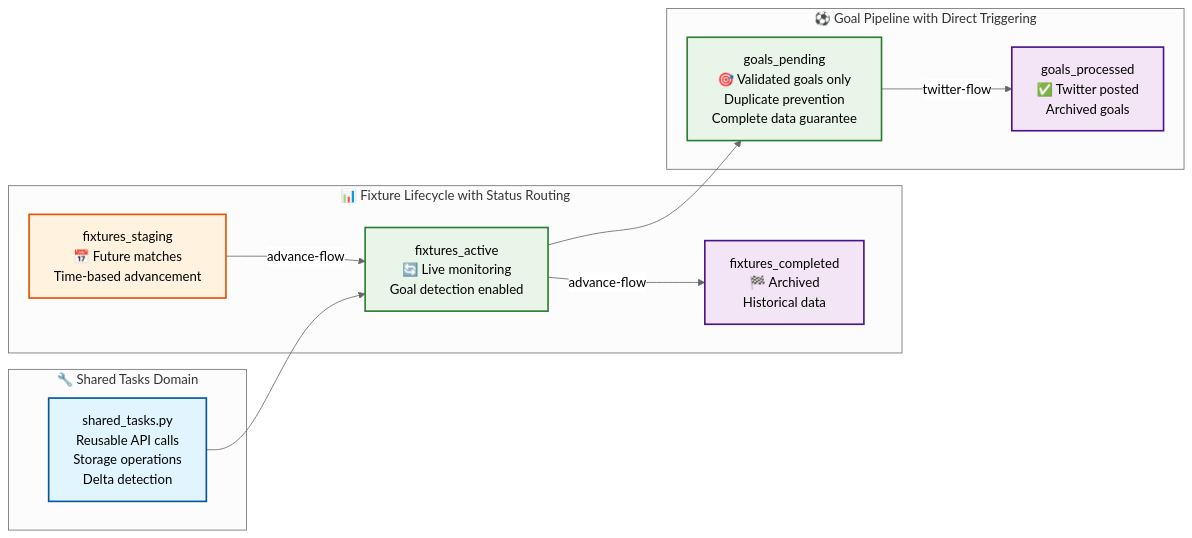
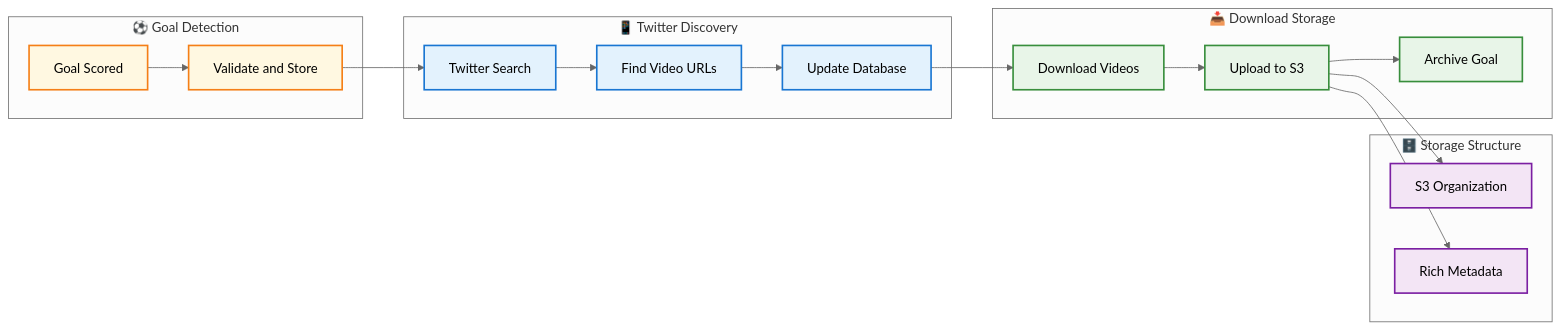
One commit to vedantadhobley/found-footy changed the second of 2 diagrams in README.md. Above: the diagram before and after it, drawn with Mermaid (neutral theme). The commit also changed other lines of this file and 12 other files, not shown here.

Commit message:
First Claude update to query and store goal footage.

````diff
--- a/README.md
+++ b/README.md
@@ -94,33 +125,45 @@
 ```mermaid
 graph LR
-    subgraph "📊 Fixture Lifecycle with Status Routing"
-        FS[fixtures_staging<br/>📅 Future matches<br/>Time-based advancement] 
-        FA[fixtures_active<br/>🔄 Live monitoring<br/>Goal detection enabled]
-        FC[fixtures_completed<br/>🏁 Archived<br/>Historical data]
-        FS --> |advance-flow| FA
-        FA --> |advance-flow| FC
+    subgraph "⚽ Goal Detection"
+        GOAL[Goal Scored]
+        VALIDATE[Validate and Store]
     end
     
-    subgraph "⚽ Goal Pipeline with Direct Triggering" 
-        GP_PENDING[goals_pending<br/>🎯 Validated goals only<br/>Duplicate prevention<br/>Complete data guarantee]
-        GP_PROCESSED[goals_processed<br/>✅ Twitter posted<br/>Archived goals]
-        GP_PENDING --> |twitter-flow| GP_PROCESSED
+    subgraph "📱 Twitter Discovery"
+        SEARCH[Twitter Search]
+        FIND[Find Video URLs]
+        UPDATE[Update Database]
     end
     
-    subgraph "🔧 Shared Tasks Domain"
-        ST[shared_tasks.py<br/>Reusable API calls<br/>Storage operations<br/>Delta detection]
+    subgraph "📥 Download Storage"
+        DOWNLOAD[Download Videos]
+        UPLOAD[Upload to S3]
+        ARCHIVE[Archive Goal]
     end
     
-    ST --> FA
-    FA --> GP_PENDING
+    subgraph "🗄️ Storage Structure"
+        S3_ORG[S3 Organization]
+        METADATA[Rich Metadata]
+    end
     
-    classDef staging fill:#fff3e0,stroke:#e65100,stroke-width:2px,color:#000
-    classDef active fill:#e8f5e8,stroke:#2e7d32,stroke-width:2px,color:#000
-    classDef completed fill:#f3e5f5,stroke:#4a148c,stroke-width:2px,color:#000
-    classDef shared fill:#e1f5fe,stroke:#01579b,stroke-width:2px,color:#000
+    GOAL --> VALIDATE
+    VALIDATE --> SEARCH
+    SEARCH --> FIND
+    FIND --> UPDATE
+    UPDATE --> DOWNLOAD
+    DOWNLOAD --> UPLOAD
+    UPLOAD --> S3_ORG
+    UPLOAD --> METADATA
+    UPLOAD --> ARCHIVE
     
-    class FS staging
-    class FA,GP_PENDING active
-    class FC,GP_PROCESSED completed
-    class ST shared
+    %% Styling - BLACK TEXT ON LIGHT BACKGROUNDS
+    classDef goal fill:#fff8e1,stroke:#f57f17,stroke-width:2px,color:#000000
+    classDef twitter fill:#e3f2fd,stroke:#1976d2,stroke-width:2px,color:#000000
+    classDef download fill:#e8f5e8,stroke:#388e3c,stroke-width:2px,color:#000000
+    classDef storage fill:#f3e5f5,stroke:#7b1fa2,stroke-width:2px,color:#000000
+    
+    class GOAL,VALIDATE goal
+    class SEARCH,FIND,UPDATE twitter
+    class DOWNLOAD,UPLOAD,ARCHIVE download
+    class S3_ORG,METADATA storage
 ```
````
